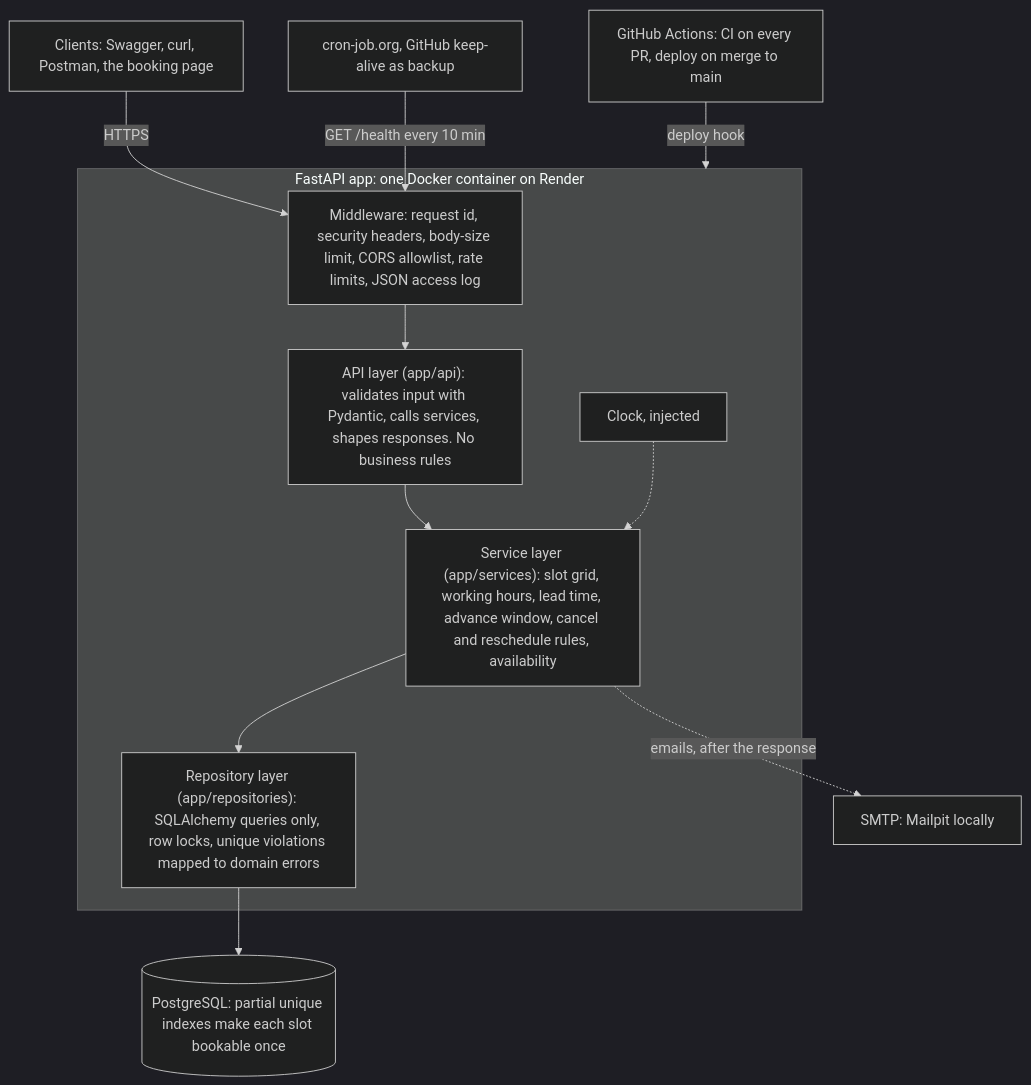
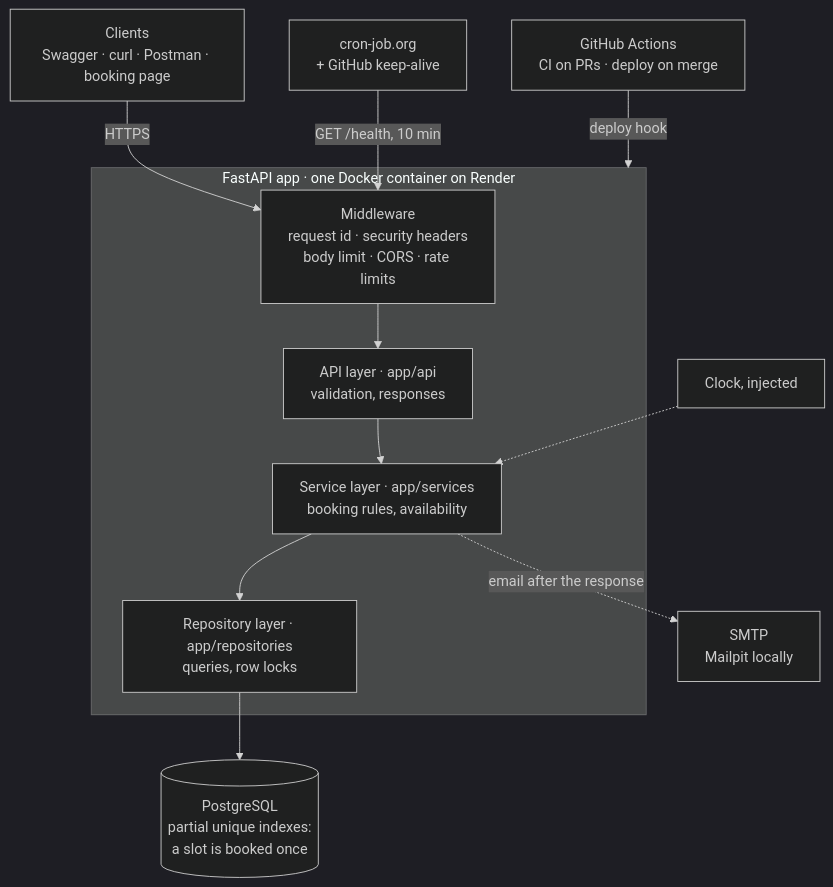
The first of 2 diagrams in README.md (MundatiC/clinic-booking-system), drawn with Mermaid (dark theme) before and after one commit. The commit also changed other lines of this file and 3 other files, not shown here.

Commit message:
docs: booking UI screenshots; shorter labels in the architecture diagram

````diff
--- a/README.md
+++ b/README.md
@@ -222,17 +228,16 @@
 ```mermaid
 flowchart TD
-    client["Clients: Swagger, curl, Postman, the booking page"] -->|HTTPS| mw
-    subgraph app["FastAPI app: one Docker container on Render"]
-        mw["Middleware: request id, security headers, body-size limit, CORS allowlist, rate limits, JSON access log"]
-        api["API layer (app/api): validates input with Pydantic, calls services, shapes responses. No business rules"]
-        svc["Service layer (app/services): slot grid, working hours, lead time, advance window, cancel and reschedule rules, availability"]
-        repo["Repository layer (app/repositories): SQLAlchemy queries only, row locks, unique violations mapped to domain errors"]
-        clock["Clock, injected"]
+    client["Clients<br/>Swagger · curl · Postman · booking page"] -->|HTTPS| mw
+    subgraph app["FastAPI app · one Docker container on Render"]
+        mw["Middleware<br/>request id · security headers<br/>body limit · CORS · rate limits"]
+        api["API layer · app/api<br/>validation, responses"]
+        svc["Service layer · app/services<br/>booking rules, availability"]
+        repo["Repository layer · app/repositories<br/>queries, row locks"]
         mw --> api --> svc --> repo
-        clock -.-> svc
     end
-    repo --> db[("PostgreSQL: partial unique indexes make each slot bookable once")]
-    svc -.->|emails, after the response| smtp["SMTP: Mailpit locally"]
-    gha["GitHub Actions: CI on every PR, deploy on merge to main"] -->|deploy hook| app
-    ping["cron-job.org, GitHub keep-alive as backup"] -->|GET /health every 10 min| mw
+    clock["Clock, injected"] -.-> svc
+    repo --> db[("PostgreSQL<br/>partial unique indexes:<br/>a slot is booked once")]
+    svc -.->|email after the response| smtp["SMTP<br/>Mailpit locally"]
+    gha["GitHub Actions<br/>CI on PRs · deploy on merge"] -->|deploy hook| app
+    ping["cron-job.org<br/>+ GitHub keep-alive"] -->|GET /health, 10 min| mw
 ```
````
